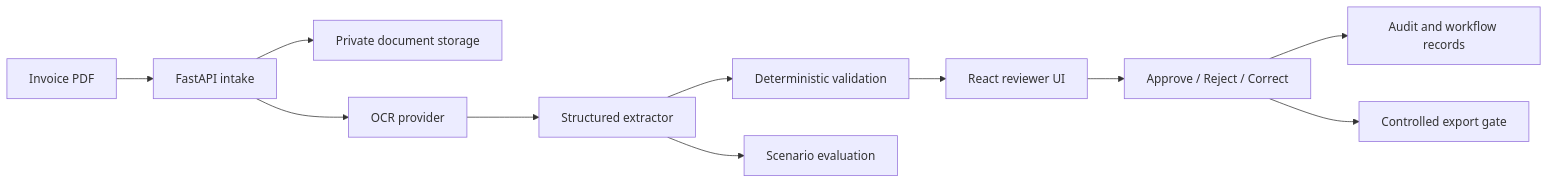
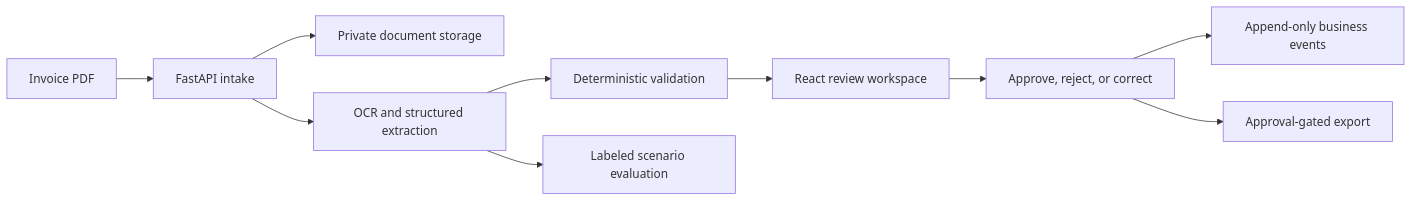
One commit to williamlo90/ai-document-ops-system changed the diagram in README.md. Above: the diagram before and after it, drawn with Mermaid. The commit also changed other lines of this file and 133 other files, not shown here.

````diff
--- a/README.md
+++ b/README.md
@@ -45,13 +38,12 @@
 ```mermaid
 flowchart LR
     PDF["Invoice PDF"] --> API["FastAPI intake"]
     API --> STORE["Private document storage"]
-    API --> OCR["OCR provider"]
-    OCR --> EXT["Structured extractor"]
-    EXT --> RULES["Deterministic validation"]
-    RULES --> REVIEW["React reviewer UI"]
-    REVIEW --> DECISION["Approve / Reject / Correct"]
-    DECISION --> AUDIT["Audit and workflow records"]
-    DECISION --> GATE["Controlled export gate"]
-    EXT --> EVAL["Scenario evaluation"]
+    API --> READ["OCR and structured extraction"]
+    READ --> RULES["Deterministic validation"]
+    RULES --> UI["React review workspace"]
+    UI --> DECISION["Approve, reject, or correct"]
+    DECISION --> AUDIT["Append-only business events"]
+    DECISION --> EXPORT["Approval-gated export"]
+    READ --> QUALITY["Labeled scenario evaluation"]
 ```
````
